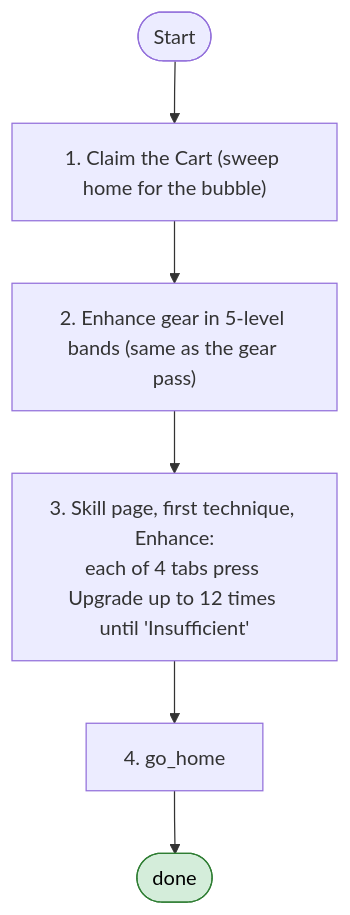
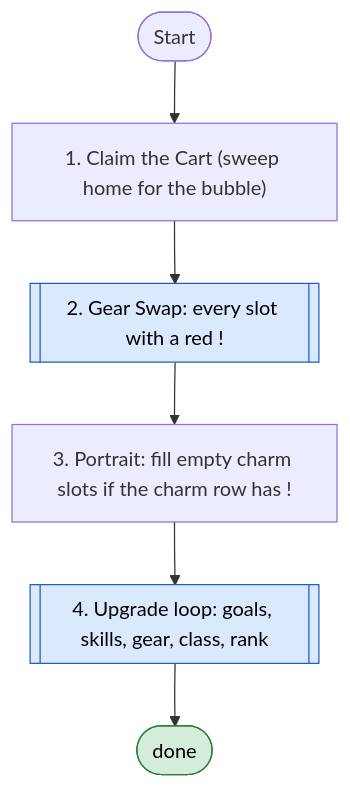
One commit to Sun-flow/sxs-agent changed the third of 3 diagrams in docs/loops/upgrade.md. Above: the diagram before and after it, drawn with Mermaid. The commit also changed other lines of this file and 20 other files, not shown here.

First line of the commit message:
Apply mae's answers: blue-pip gear enhance, gather fights guards, get_stronger, one tower climb a day, tutorial stops on class choices

````diff
--- a/docs/loops/upgrade.md
+++ b/docs/loops/upgrade.md
@@ -82,9 +82,12 @@
 ```mermaid
 flowchart TD
     S(["Start"]) --> A["1. Claim the Cart (sweep home for the bubble)"]
-    A --> B["2. Enhance gear in 5-level bands (same as the gear pass)"]
-    B --> C["3. Skill page, first technique, Enhance:<br/>each of 4 tabs press Upgrade up to 12 times until 'Insufficient'"]
-    C --> D["4. go_home"] --> OK(["done"])
+    A --> B[["2. Gear Swap: every slot with a red !"]]
+    B --> C["3. Portrait: fill empty charm slots if the charm row has !"]
+    C --> D[["4. Upgrade loop: goals, skills, gear, class, rank"]]
+    D --> OK(["done"])
     classDef ok fill:#d4edda,stroke:#2e7d32,color:#000
+    classDef sub fill:#dbe9ff,stroke:#1f5fbf,color:#000
     class OK ok
+    class B,D sub
 ```
````
